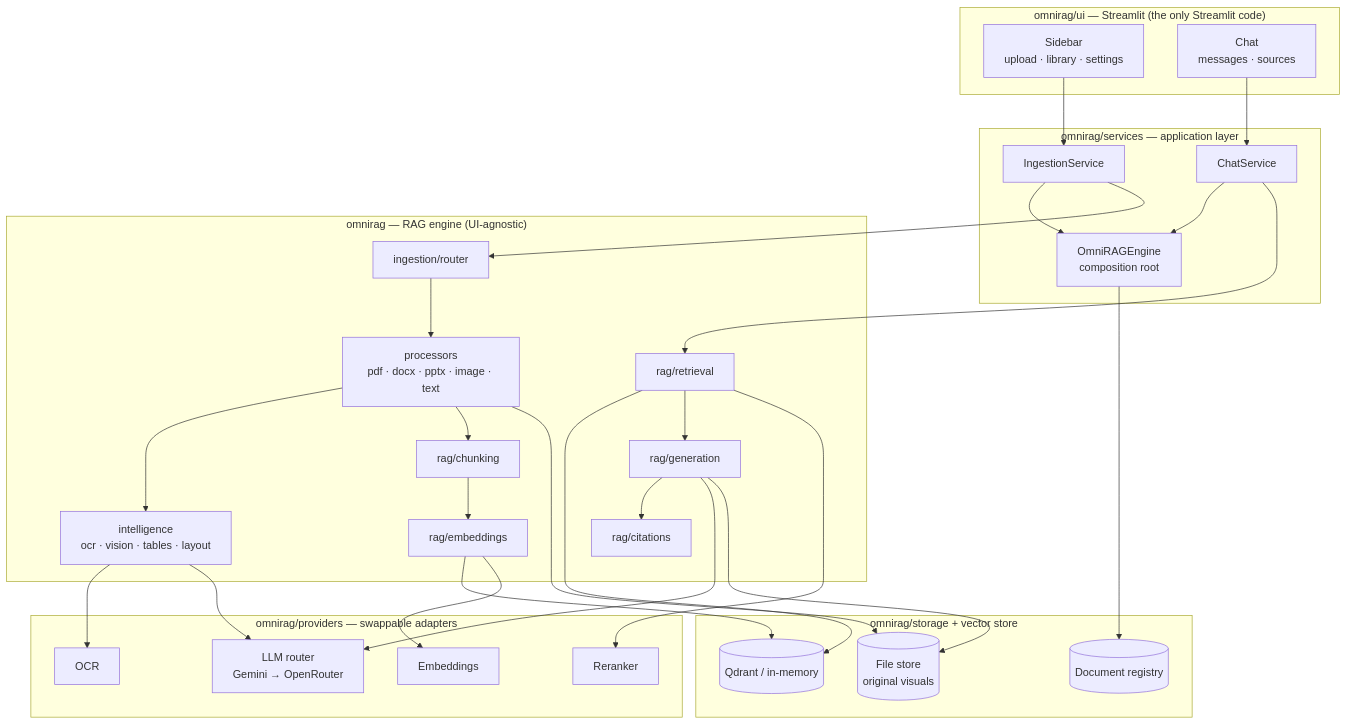
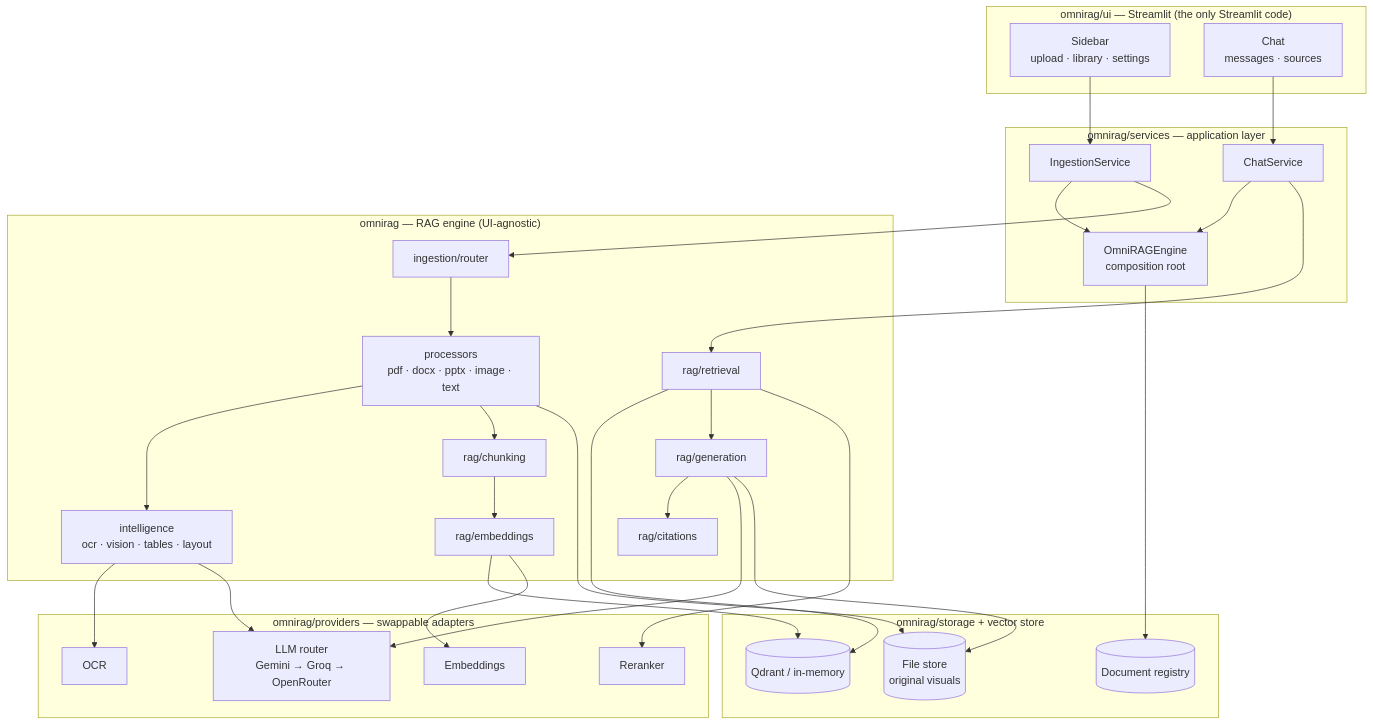
One commit to ahmedsayed1911/OmniRAG changed the first of 4 diagrams in README.md. Above: the diagram before and after it, drawn with Mermaid. The commit also changed other lines of this file and 20 other files, not shown here.

````diff
--- a/README.md
+++ b/README.md
@@ -106,54 +106,54 @@
 ```mermaid
 flowchart TB
     subgraph UI["omnirag/ui — Streamlit (the only Streamlit code)"]
         SB[Sidebar<br/>upload · library · settings]
         CH[Chat<br/>messages · sources]
     end
 
     subgraph SVC["omnirag/services — application layer"]
         ING[IngestionService]
         CHAT[ChatService]
         ENG[OmniRAGEngine<br/>composition root]
     end
 
     subgraph CORE["omnirag — RAG engine (UI-agnostic)"]
         ROUTER[ingestion/router]
         PROC[processors<br/>pdf · docx · pptx · image · text]
         INTEL[intelligence<br/>ocr · vision · tables · layout]
         CHUNK[rag/chunking]
         EMB[rag/embeddings]
         RET[rag/retrieval]
         GEN[rag/generation]
         CITE[rag/citations]
     end
 
     subgraph PROV["omnirag/providers — swappable adapters"]
-        LLM[LLM router<br/>Gemini → OpenRouter]
+        LLM[LLM router<br/>Gemini → Groq → OpenRouter]
         EMBP[Embeddings]
         RRK[Reranker]
         OCRP[OCR]
     end
 
     subgraph STORE["omnirag/storage + vector store"]
         VS[(Qdrant / in-memory)]
         FS[(File store<br/>original visuals)]
         REG[(Document registry)]
     end
 
     SB --> ING
     CH --> CHAT
     ING --> ENG
     CHAT --> ENG
     ING --> ROUTER --> PROC --> INTEL
     PROC --> CHUNK --> EMB --> VS
     PROC --> FS
     CHAT --> RET --> VS
     RET --> GEN --> CITE
     INTEL --> OCRP
     INTEL --> LLM
     EMB --> EMBP
     RET --> RRK
     GEN --> LLM
     GEN --> FS
     ENG --> REG
 ```
````
